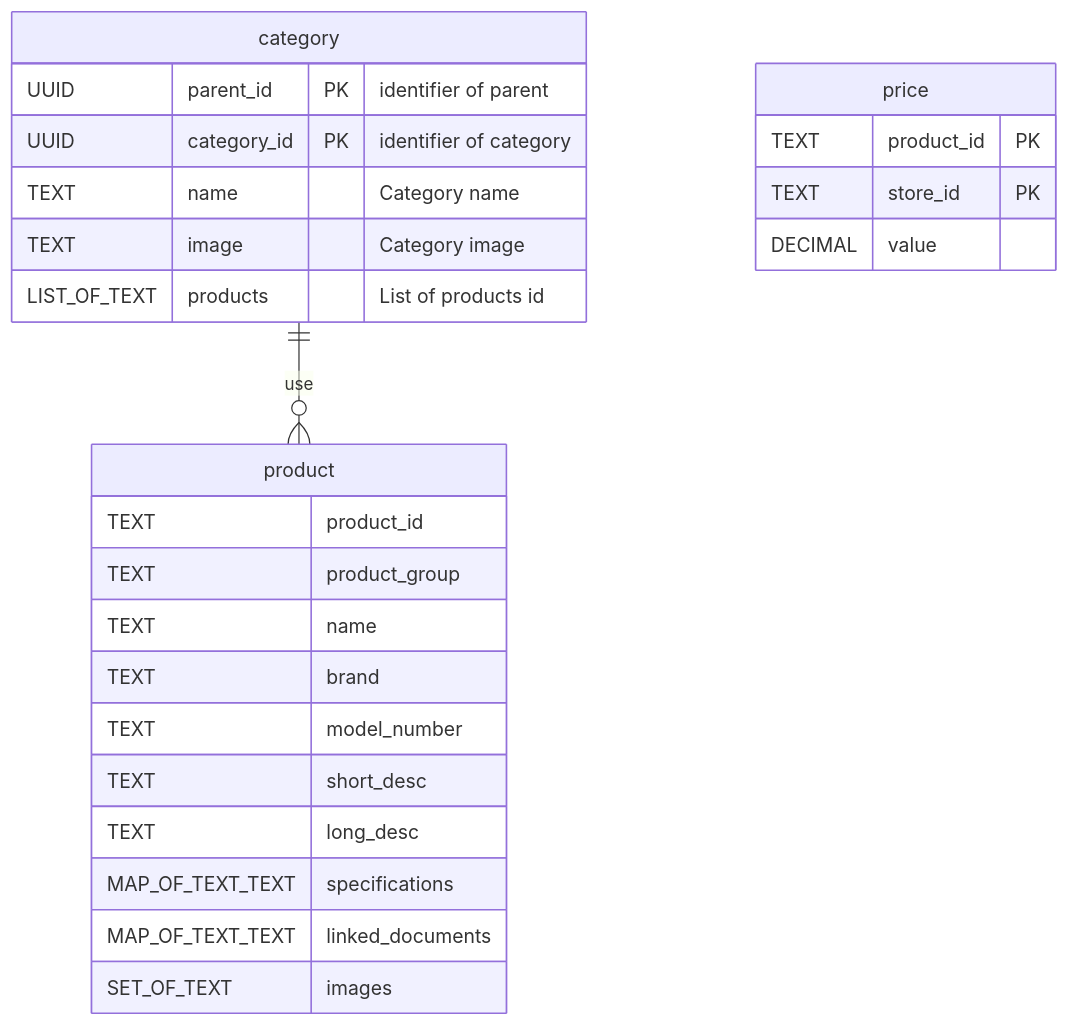
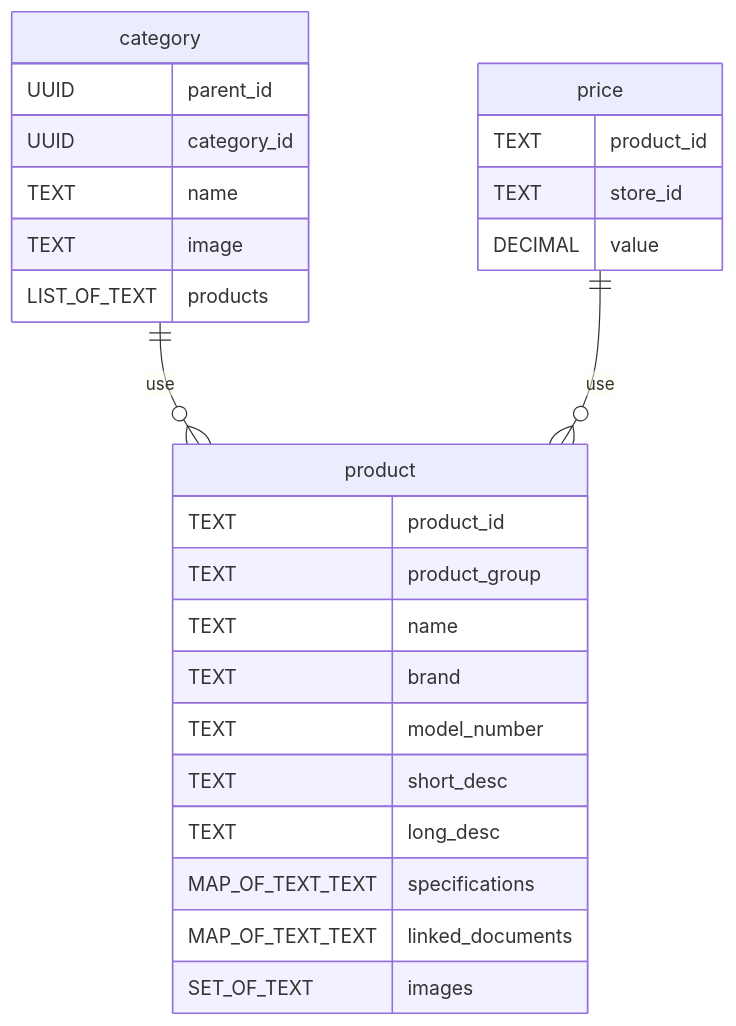
Before and after one commit to clun/sandboxes: the second of 2 diagrams in MERMAID.md, drawn with Mermaid.

````diff
--- a/MERMAID.md
+++ b/MERMAID.md
@@ -14,35 +14,35 @@
 ```mermaid
 erDiagram
 
 category {
-    UUID parent_id PK "identifier of parent"
-    UUID category_id PK "identifier of category"
-    TEXT name "Category name"
-    TEXT image "Category image"
-    LIST_OF_TEXT products "List of products id"
+    UUID parent_id 
+    UUID category_id
+    TEXT name
+    TEXT image
+    LIST_OF_TEXT products
 }
 
 product {
     TEXT product_id
     TEXT product_group
     TEXT name
  TEXT brand
  TEXT model_number
  TEXT short_desc
  TEXT long_desc
  MAP_OF_TEXT_TEXT specifications
  MAP_OF_TEXT_TEXT linked_documents
  SET_OF_TEXT images
 }
 
 price {
-    TEXT product_id PK
-    TEXT store_id PK
+    TEXT product_id
+    TEXT store_id
     DECIMAL value
 }
 
 
  category ||--o{ product : use
 
-  
+  price||--o{ product : use
 ```
````
